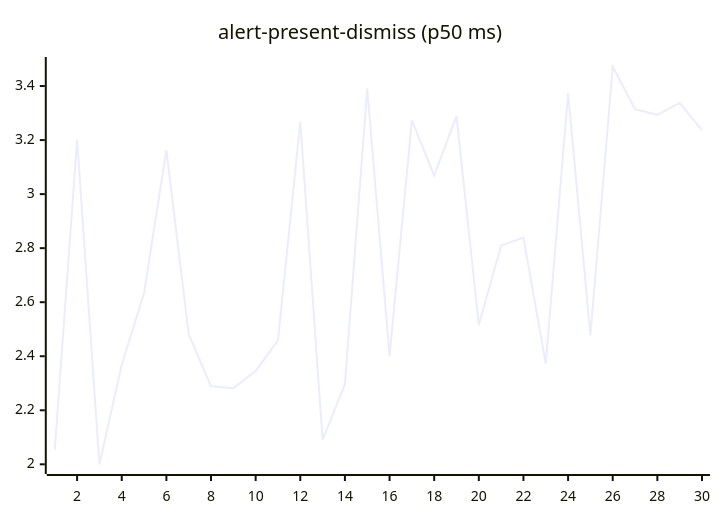
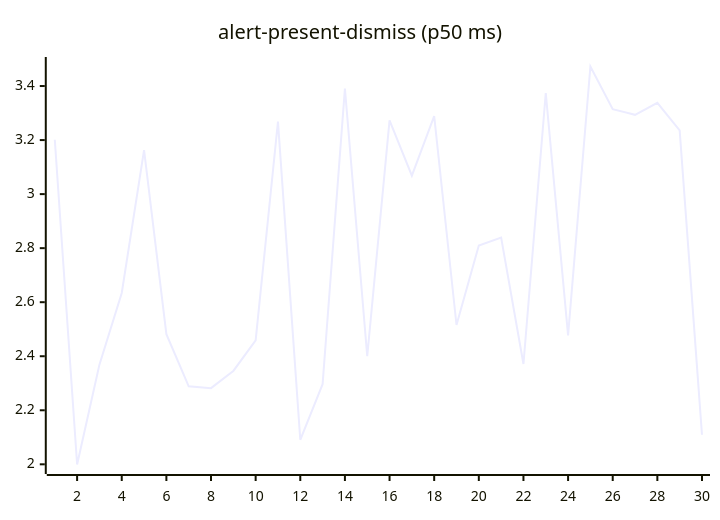
The second of 27 diagrams in README.md (josha/Facet), drawn with Mermaid before and after one commit. The commit also changed other lines of this file and 2 other files, not shown here.

````diff
--- a/README.md
+++ b/README.md
@@ -70,6 +70,6 @@
 ```mermaid
 xychart-beta
     title "alert-present-dismiss (p50 ms)"
     x-axis 1 --> 30
-    line [2.0543, 3.2013, 1.9993, 2.3689, 2.6340, 3.1626, 2.4814, 2.2888, 2.2819, 2.3455, 2.4588, 3.2682, 2.0908, 2.2965, 3.3910, 2.4000, 3.2732, 3.0684, 3.2888, 2.5156, 2.8095, 2.8395, 2.3714, 3.3741, 2.4770, 3.4723, 3.3142, 3.2934, 3.3378, 3.2358]
+    line [3.2013, 1.9993, 2.3689, 2.6340, 3.1626, 2.4814, 2.2888, 2.2819, 2.3455, 2.4588, 3.2682, 2.0908, 2.2965, 3.3910, 2.4000, 3.2732, 3.0684, 3.2888, 2.5156, 2.8095, 2.8395, 2.3714, 3.3741, 2.4770, 3.4723, 3.3142, 3.2934, 3.3378, 3.2358, 2.1094]
 ```
````
